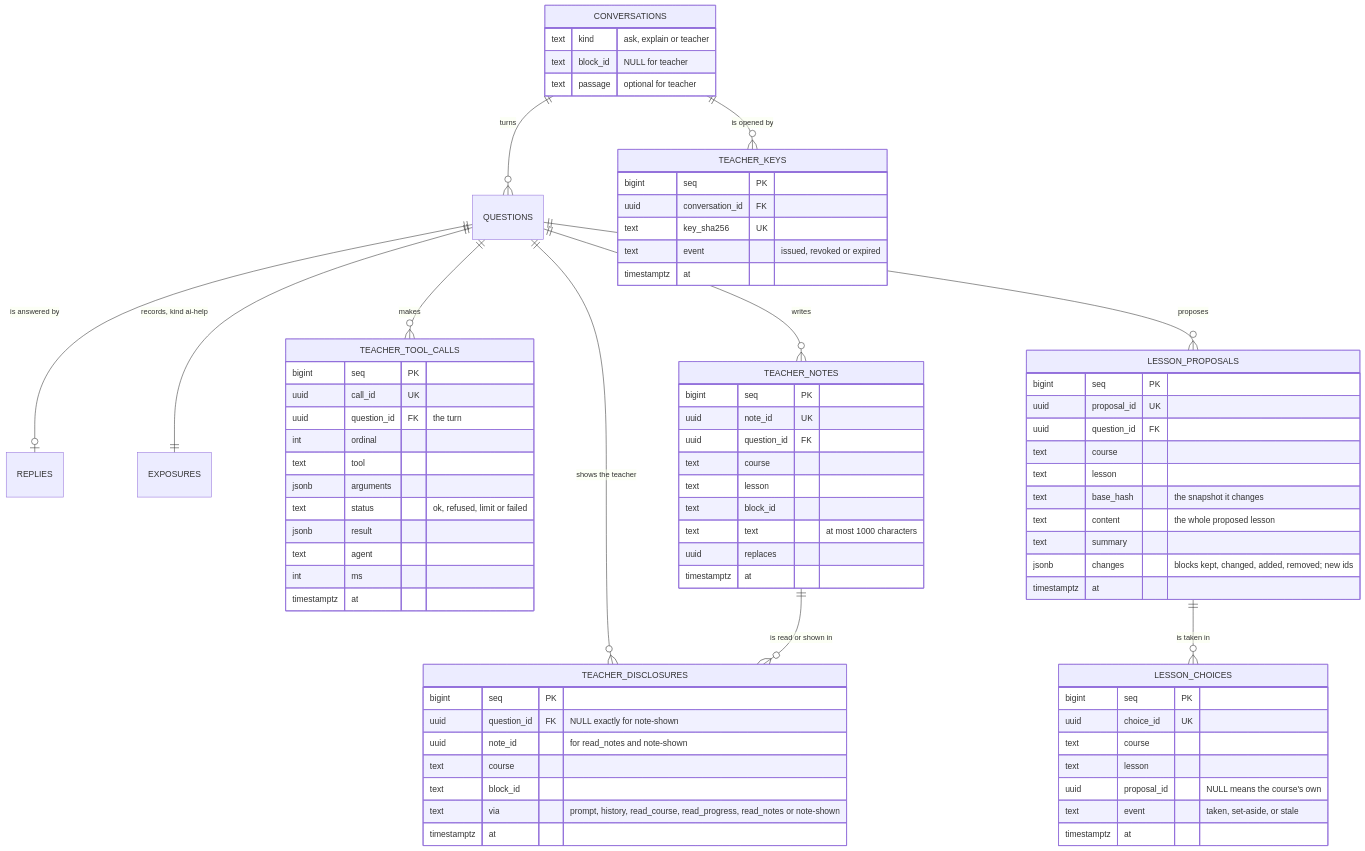
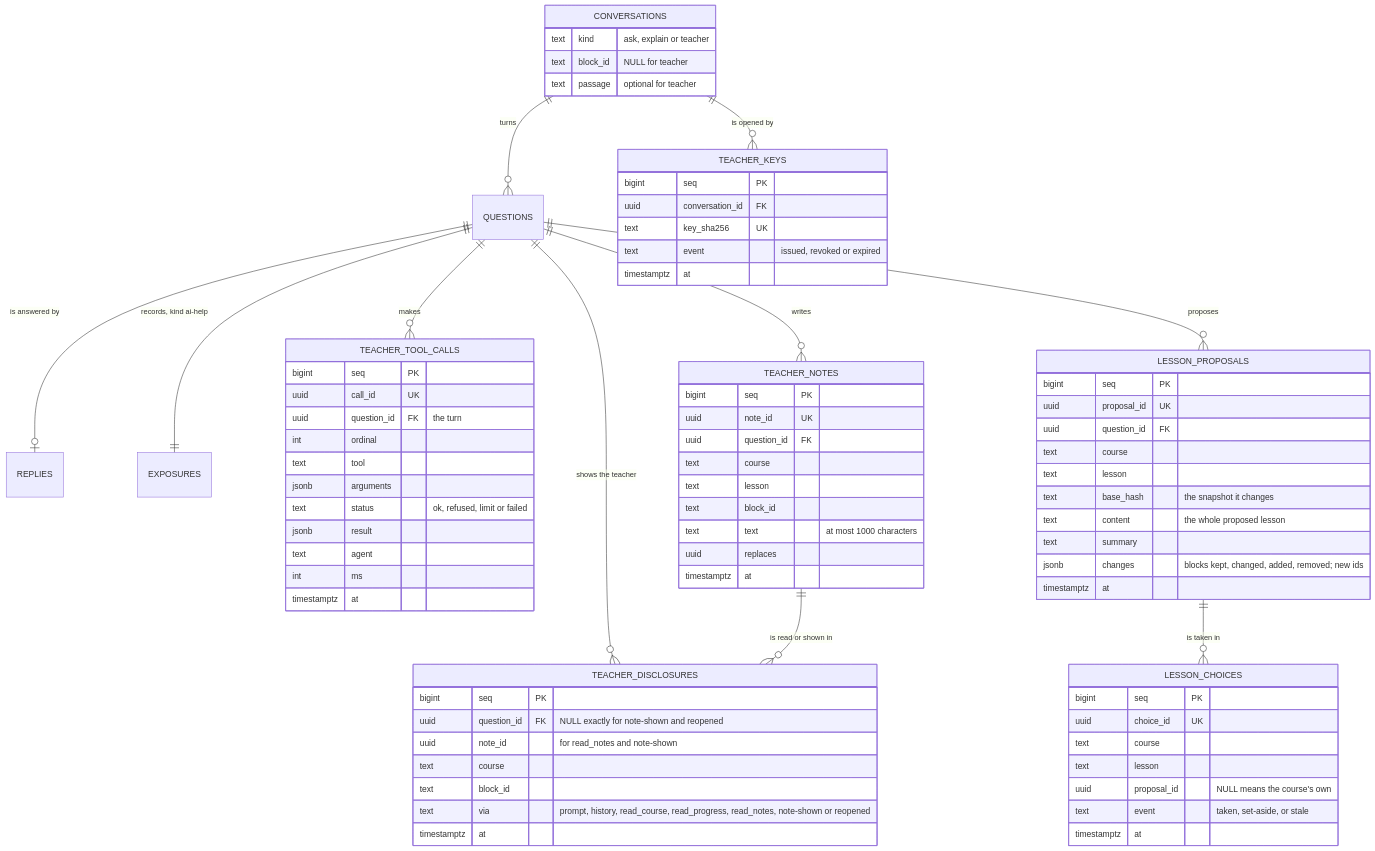
The fourth of 5 diagrams in docs/rfc/0011-asking-the-teacher.md (flyingrobots/school), drawn with Mermaid before and after one commit. The commit also changed other lines of this file, not shown here.

````diff
--- a/docs/rfc/0011-asking-the-teacher.md
+++ b/docs/rfc/0011-asking-the-teacher.md
@@ -361,79 +362,79 @@
 ```mermaid
 erDiagram
     CONVERSATIONS ||--o{ QUESTIONS : "turns"
     QUESTIONS ||--o| REPLIES : "is answered by"
     QUESTIONS ||--|| EXPOSURES : "records, kind ai-help"
     CONVERSATIONS ||--o{ TEACHER_KEYS : "is opened by"
     QUESTIONS ||--o{ TEACHER_TOOL_CALLS : "makes"
     QUESTIONS ||--o{ TEACHER_DISCLOSURES : "shows the teacher"
     QUESTIONS ||--o{ TEACHER_NOTES : "writes"
     TEACHER_NOTES ||--o{ TEACHER_DISCLOSURES : "is read or shown in"
     QUESTIONS ||--o{ LESSON_PROPOSALS : "proposes"
     LESSON_PROPOSALS ||--o{ LESSON_CHOICES : "is taken in"
     CONVERSATIONS {
         text kind "ask, explain or teacher"
         text block_id "NULL for teacher"
         text passage "optional for teacher"
     }
     TEACHER_KEYS {
         bigint seq PK
         uuid conversation_id FK
         text key_sha256 UK
         text event "issued, revoked or expired"
         timestamptz at
     }
     TEACHER_TOOL_CALLS {
         bigint seq PK
         uuid call_id UK
         uuid question_id FK "the turn"
         int ordinal
         text tool
         jsonb arguments
         text status "ok, refused, limit or failed"
         jsonb result
         text agent
         int ms
         timestamptz at
     }
     TEACHER_DISCLOSURES {
         bigint seq PK
-        uuid question_id FK "NULL exactly for note-shown"
+        uuid question_id FK "NULL exactly for note-shown and reopened"
         uuid note_id "for read_notes and note-shown"
         text course
         text block_id
-        text via "prompt, history, read_course, read_progress, read_notes or note-shown"
+        text via "prompt, history, read_course, read_progress, read_notes, note-shown or reopened"
         timestamptz at
     }
     TEACHER_NOTES {
         bigint seq PK
         uuid note_id UK
         uuid question_id FK
         text course
         text lesson
         text block_id
         text text "at most 1000 characters"
         uuid replaces
         timestamptz at
     }
     LESSON_PROPOSALS {
         bigint seq PK
         uuid proposal_id UK
         uuid question_id FK
         text course
         text lesson
         text base_hash "the snapshot it changes"
         text content "the whole proposed lesson"
         text summary
         jsonb changes "blocks kept, changed, added, removed; new ids"
         timestamptz at
     }
     LESSON_CHOICES {
         bigint seq PK
         uuid choice_id UK
         text course
         text lesson
         uuid proposal_id "NULL means the course's own"
         text event "taken, set-aside, or stale"
         timestamptz at
     }
 ```
````
